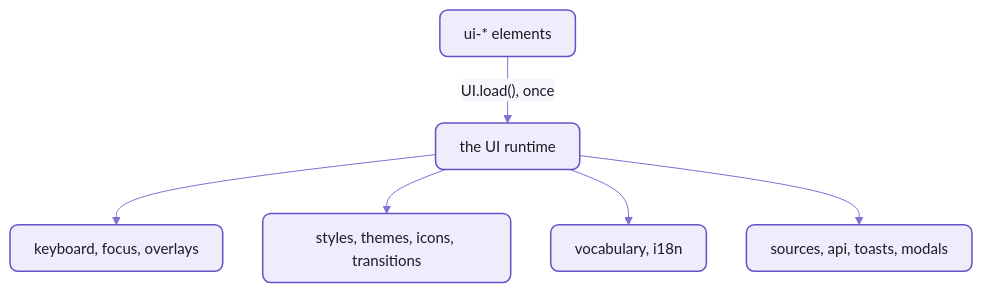
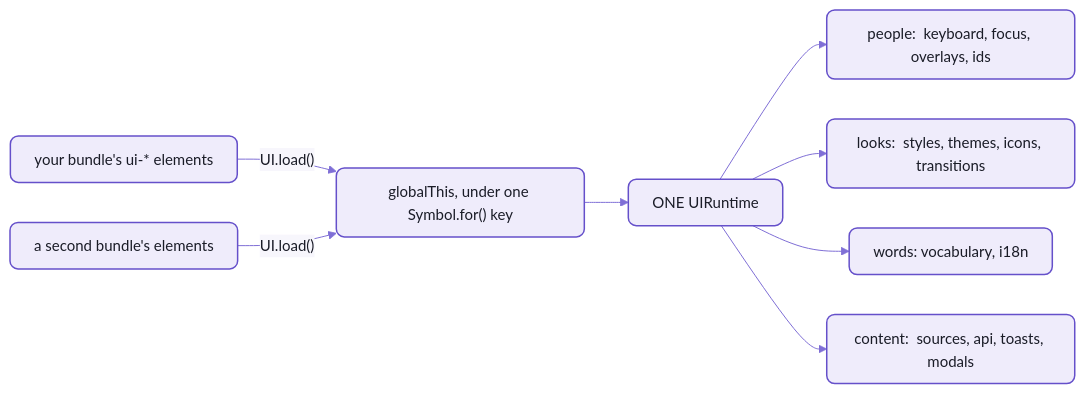
Before and after one commit to spell-app/spell: the first of 2 diagrams in ui/README-runtime.md, drawn with Mermaid. The commit also changed other lines of this file and 9 other files, not shown here.

````diff
--- a/ui/README-runtime.md
+++ b/ui/README-runtime.md
@@ -13,11 +40,13 @@
 ```mermaid
 %%{init: {"theme":"base","themeVariables":{"fontFamily":"-apple-system, BlinkMacSystemFont, Segoe UI, Helvetica, Arial, sans-serif","fontSize":"15px","primaryColor":"#EFECFB","primaryBorderColor":"#6550CA","primaryTextColor":"#1A1C27","secondaryColor":"#F4F1E9","tertiaryColor":"#F7F6FC","lineColor":"#7F6FD6","textColor":"#7F6FD6","clusterBkg":"#F7F6FC","clusterBorder":"#B9B0E8","titleColor":"#1A1C27","edgeLabelBackground":"#F7F6FC","actorBkg":"#EFECFB","actorBorder":"#6550CA","actorTextColor":"#1A1C27","actorLineColor":"#9C90DE","signalColor":"#7F6FD6","signalTextColor":"#7F6FD6","labelBoxBkgColor":"#EFECFB","labelBoxBorderColor":"#6550CA","labelTextColor":"#1A1C27","loopTextColor":"#7F6FD6","noteBkgColor":"#F1E7D4","noteBorderColor":"#C9B48A","noteTextColor":"#1A1C27","activationBkgColor":"#DCD6F7","activationBorderColor":"#6550CA","sequenceNumberColor":"#FFFFFF"},"flowchart":{"curve":"basis","padding":12,"nodeSpacing":40,"rankSpacing":44}}}%%
-flowchart TB
-  elements["ui-* elements"] -->|"UI.load(), once"| runtime["the UI runtime"]
-  runtime --> people["keyboard, focus, overlays"]
-  runtime --> looks["styles, themes, icons, transitions"]
-  runtime --> words["vocabulary, i18n"]
-  runtime --> content["sources, api, toasts, modals"]
+flowchart LR
+  yours["your bundle's ui-* elements"] -->|"UI.load()"| key["globalThis, under one Symbol.for() key"]
+  theirs["a second bundle's elements"] -->|"UI.load()"| key
+  key --> runtime["ONE UIRuntime"]
+  runtime --> people["people:  keyboard, focus, overlays, ids"]
+  runtime --> looks["looks:  styles, themes, icons, transitions"]
+  runtime --> words["words:  vocabulary, i18n"]
+  runtime --> content["content:  sources, api, toasts, modals"]
   %% the Spell look:  yarn mermaid:pretty
   classDef default fill:#EFECFB,stroke:#6550CA,stroke-width:1.5px,color:#1A1C27,rx:8px,ry:8px
 ```
````
